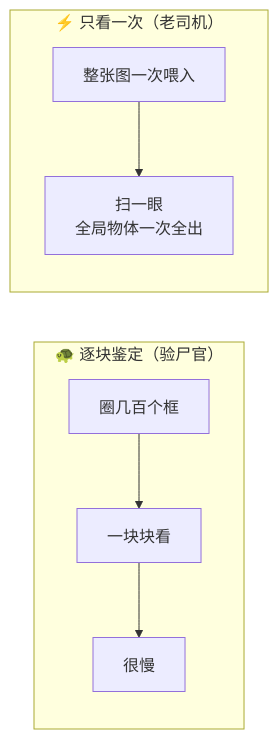
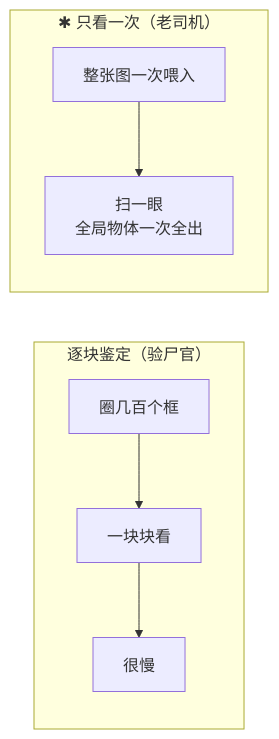
One commit to luckykhy/KhyAiHub changed the fourth of 7 diagrams in docs/02_CONCEPTS_概念入门/CONCEPT/[CONCEPT-17] 什么是YOLO-实时目标检测.md. Above: the diagram before and after it, drawn with Mermaid. The commit also changed other lines of this file and 19 other files, not shown here.

````diff
--- a/docs/02_CONCEPTS_概念入门/CONCEPT/[CONCEPT-17] 什么是YOLO-实时目标检测.md
+++ b/docs/02_CONCEPTS_概念入门/CONCEPT/[CONCEPT-17] 什么是YOLO-实时目标检测.md
@@ -101,9 +101,9 @@
 ```mermaid
 flowchart LR
-  subgraph 老办法["🐢 逐块鉴定（验尸官）"]
+  subgraph 老办法["逐块鉴定（验尸官）"]
     A1["圈几百个框"] --> A2["一块块看"] --> A3["很慢"]
   end
-  subgraph YOLO派["⚡ 只看一次（老司机）"]
+  subgraph YOLO派["✱ 只看一次（老司机）"]
     B1["整张图一次喂入"] --> B2["扫一眼<br/>全局物体一次全出"]
   end
 ```
````
